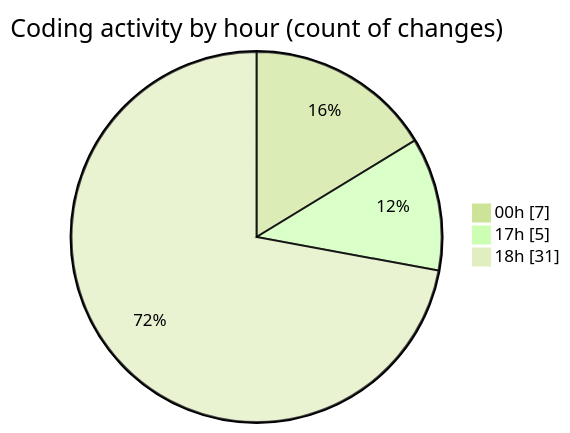
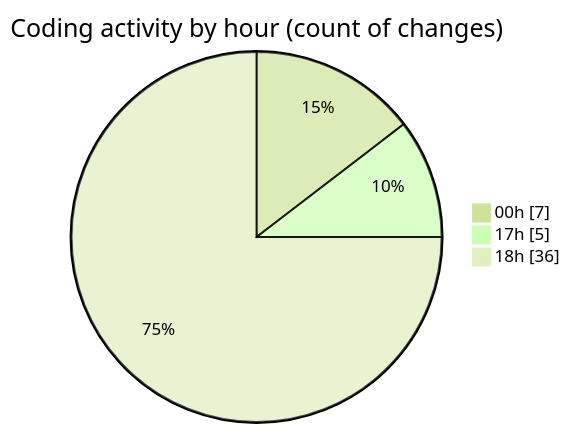
Before and after one commit to Elitesun/code-tracking: the second of 2 diagrams in 2025-05-25/elitesun/README.md, drawn with Mermaid (forest theme). The commit also changed other lines of this file and 1 other file, not shown here.

````diff
--- a/2025-05-25/elitesun/README.md
+++ b/2025-05-25/elitesun/README.md
@@ -37,7 +39,7 @@
 ```mermaid
 pie showData
 title Coding activity by hour (count of changes)
 "00h" : 7
 "17h" : 5
-"18h" : 31
+"18h" : 36
 ```
````
